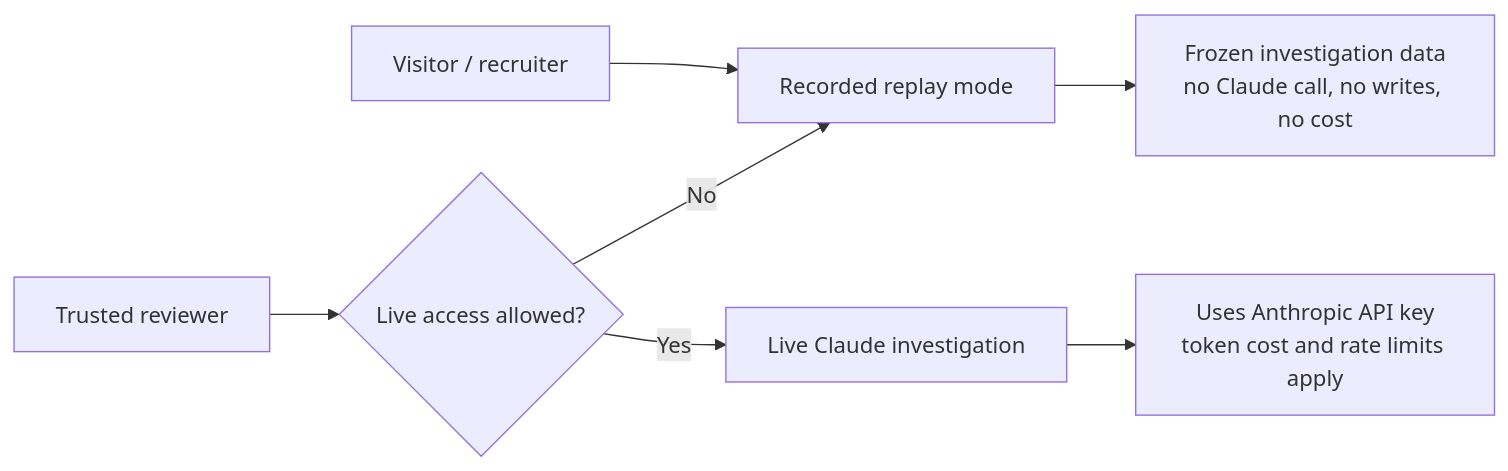
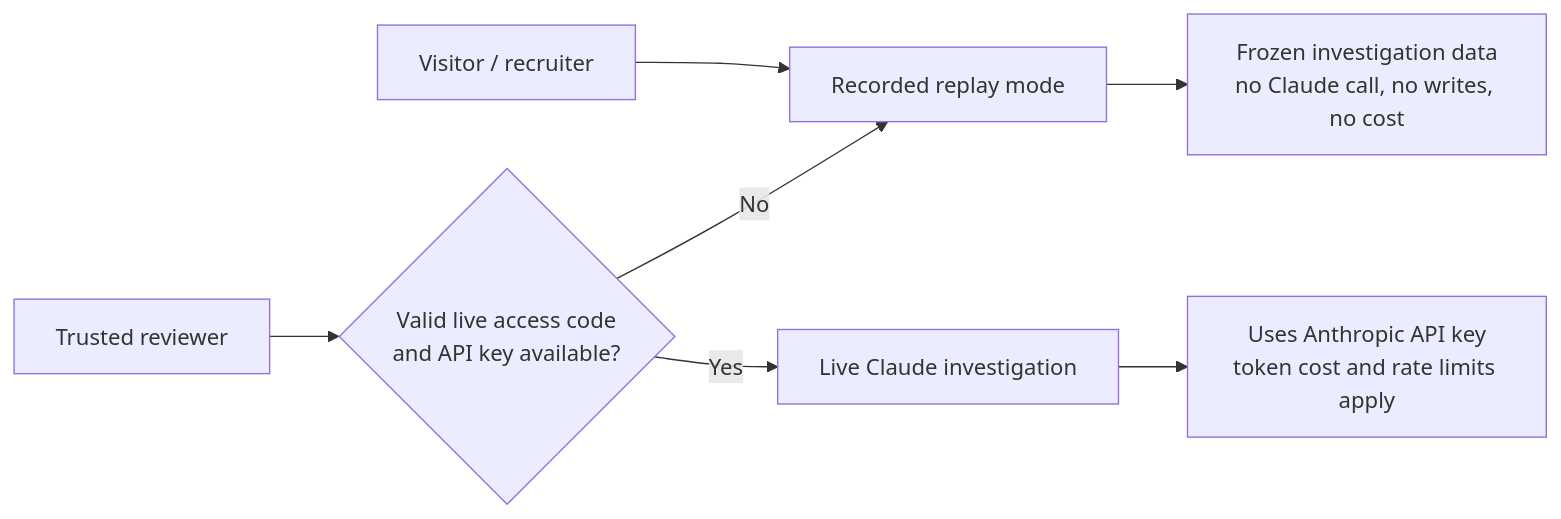
One commit to TahaRasheed740/agentic-mcp-support-ops-console changed the eighth of 10 diagrams in docs/project-flowcharts.md. Above: the diagram before and after it, drawn with Mermaid. The commit also changed other lines of this file and 4 other files, not shown here.

````diff
--- a/docs/project-flowcharts.md
+++ b/docs/project-flowcharts.md
@@ -249,10 +254,10 @@
 ```mermaid
 flowchart LR
     Visitor["Visitor / recruiter"] --> Replay["Recorded replay mode"]
     Replay --> Frozen["Frozen investigation data<br/>no Claude call, no writes, no cost"]
 
-    Reviewer["Trusted reviewer"] --> LiveGate{"Live access allowed?"}
+    Reviewer["Trusted reviewer"] --> LiveGate{"Valid live access code<br/>and API key available?"}
     LiveGate -- No --> Replay
     LiveGate -- Yes --> Live["Live Claude investigation"]
     Live --> Cost["Uses Anthropic API key<br/>token cost and rate limits apply"]
 ```
````
